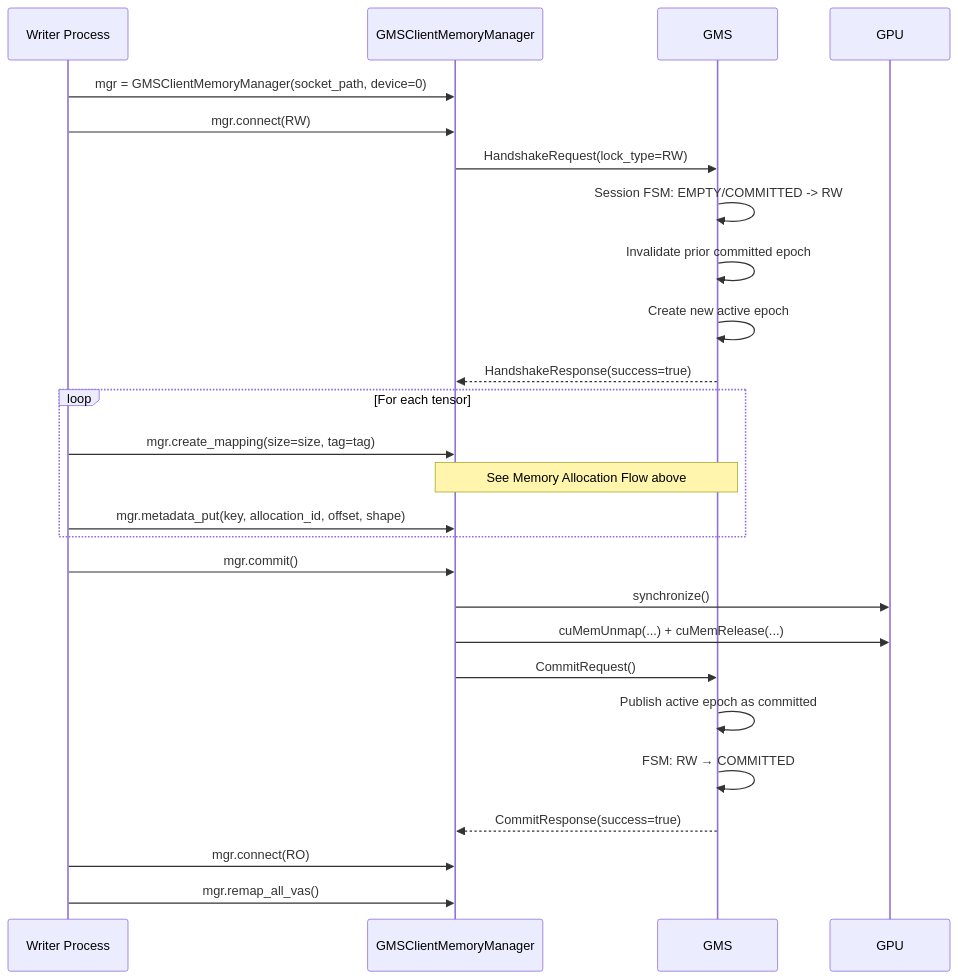
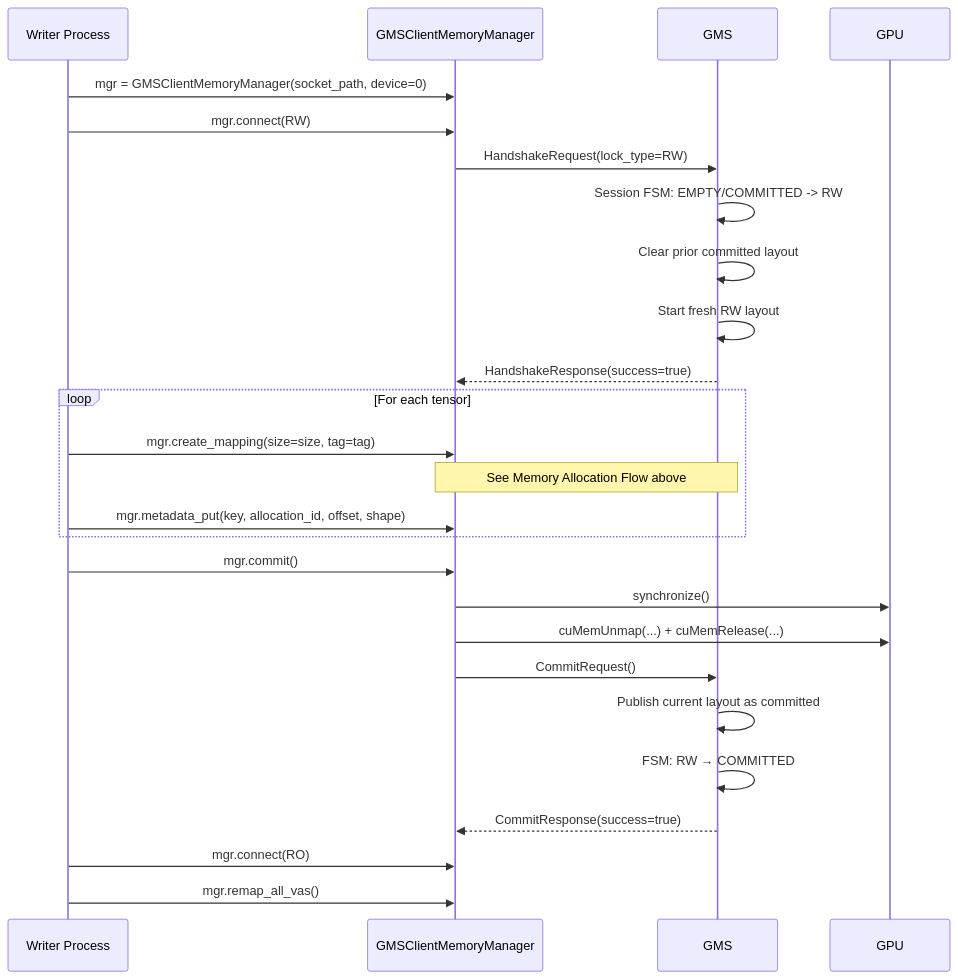
One commit to ai-dynamo/dynamo changed the fifth of 8 diagrams in lib/gpu_memory_service/README.md. Above: the diagram before and after it, drawn with Mermaid. The commit also changed other lines of this file and 13 other files, not shown here.

````diff
--- a/lib/gpu_memory_service/README.md
+++ b/lib/gpu_memory_service/README.md
@@ -259,30 +258,30 @@
 ```mermaid
 sequenceDiagram
     participant W as Writer Process
     participant C as GMSClientMemoryManager
     participant S as GMS
 
     W->>C: mgr = GMSClientMemoryManager(socket_path, device=0)
     W->>C: mgr.connect(RW)
     C->>S: HandshakeRequest(lock_type=RW)
     S->>S: Session FSM: EMPTY/COMMITTED -> RW
-    S->>S: Invalidate prior committed epoch
-    S->>S: Create new active epoch
+    S->>S: Clear prior committed layout
+    S->>S: Start fresh RW layout
     S-->>C: HandshakeResponse(success=true)
 
     loop For each tensor
         W->>C: mgr.create_mapping(size=size, tag=tag)
         Note over C,S: See Memory Allocation Flow above
         W->>C: mgr.metadata_put(key, allocation_id, offset, shape)
     end
 
     W->>C: mgr.commit()
     C->>GPU: synchronize()
     C->>GPU: cuMemUnmap(...) + cuMemRelease(...)
     C->>S: CommitRequest()
-    S->>S: Publish active epoch as committed
+    S->>S: Publish current layout as committed
     S->>S: FSM: RW → COMMITTED
     S-->>C: CommitResponse(success=true)
     W->>C: mgr.connect(RO)
     W->>C: mgr.remap_all_vas()
 ```
````
